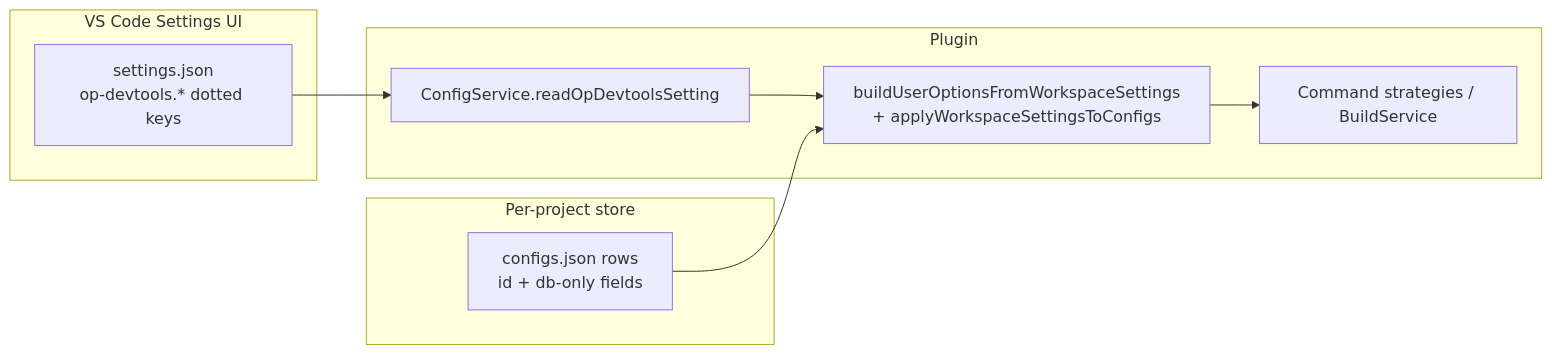
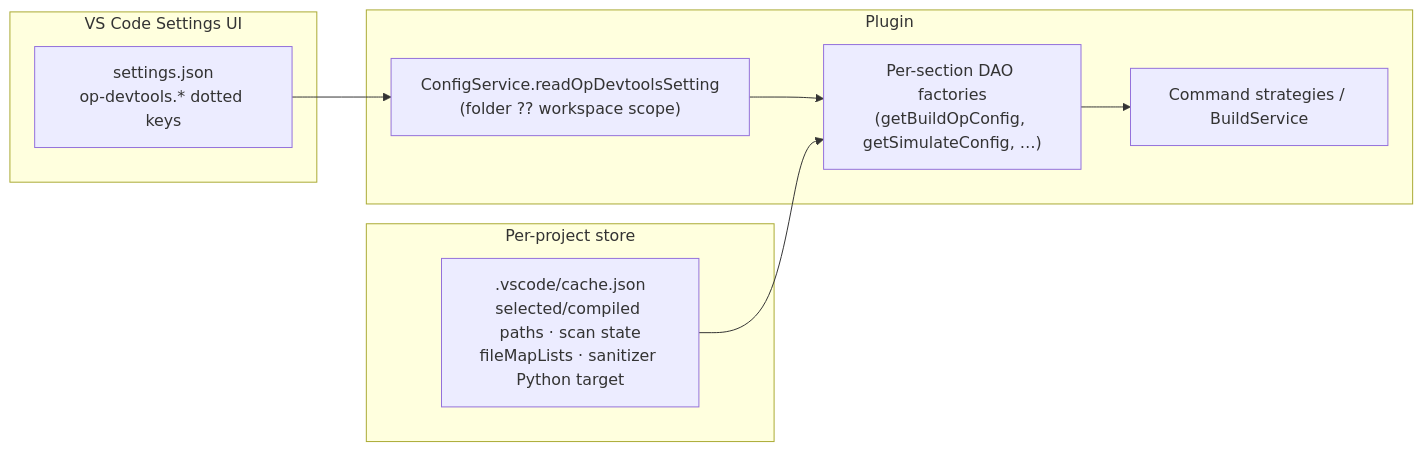
Before and after one commit to IdeFrontend/opdev_plugin: the diagram in docs/workspace-settings.md, drawn with Mermaid. The commit also changed other lines of this file and 287 other files, not shown here.

First line of the commit message:
settings-first migration: workspace settings + cache.json runtime

````diff
--- a/docs/workspace-settings.md
+++ b/docs/workspace-settings.md
@@ -27,17 +27,17 @@
 ```mermaid
 flowchart LR
   subgraph UI [VS Code Settings UI]
     WS["settings.json\nop-devtools.* dotted keys"]
   end
   subgraph Plugin
-    CFG["ConfigService.readOpDevtoolsSetting"]
-    MERGE["buildUserOptionsFromWorkspaceSettings\n+ applyWorkspaceSettingsToConfigs"]
+    CFG["ConfigService.readOpDevtoolsSetting\n(folder ?? workspace scope)"]
+    MERGE["Per-section DAO factories\n(getBuildOpConfig, getSimulateConfig, …)"]
     CMD["Command strategies / BuildService"]
   end
   subgraph Persist [Per-project store]
-    DB["configs.json rows\nid + db-only fields"]
+    CACHE[".vscode/cache.json\nselected/compiled paths · scan state\nfileMapLists · sanitizer Python target"]
   end
   WS --> CFG --> MERGE
-  DB --> MERGE
+  CACHE --> MERGE
   MERGE --> CMD
 ```
````
